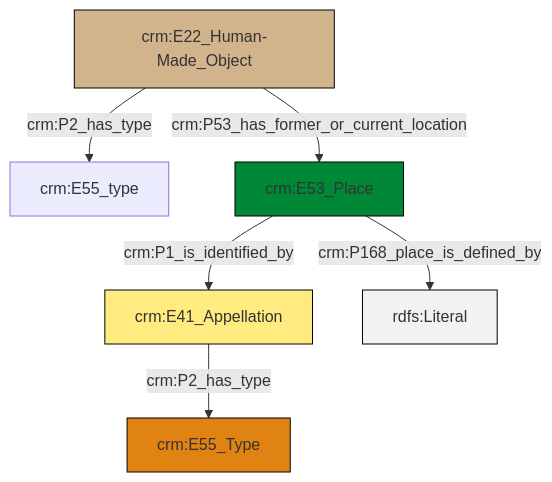
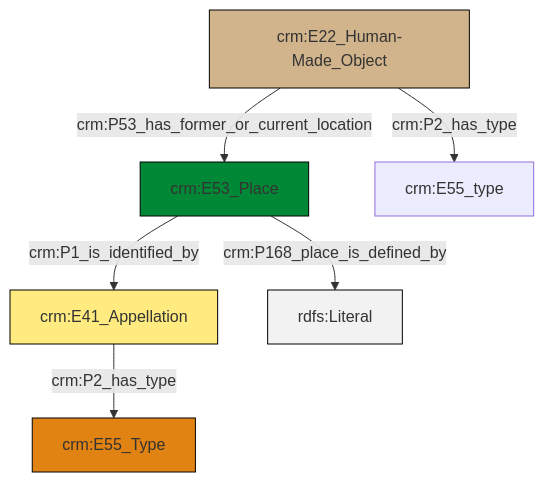
One commit to swiss-art-research-net/reference-data-models changed the diagram in et/builtWorkCSV/ttl/mmd/Built_Work_location.ttl.mmd. Above: the diagram before and after it, drawn with Mermaid. The commit also changed 124 other files, not shown here.

```diff
--- a/et/builtWorkCSV/ttl/mmd/Built_Work_location.ttl.mmd
+++ b/et/builtWorkCSV/ttl/mmd/Built_Work_location.ttl.mmd
@@ -1,20 +1,20 @@
 graph TD
 classDef Literal fill:#f2f2f2,stroke:#000000;
 classDef CRM_Entity fill:#FFFFFF,stroke:#000000;
 classDef Temporal_Entity fill:#00C9E6, stroke:#000000;
 classDef Type fill:#E18312, stroke:#000000;
 classDef Time-Span fill:#2C9C91, stroke:#000000;
 classDef Appellation fill:#FFEB7F, stroke:#000000;
 classDef Place fill:#008836, stroke:#000000;
 classDef Persistent_Item fill:#B266B2, stroke:#000000;
 classDef Conceptual_Object fill:#FFD700, stroke:#000000;
 classDef Physical_Thing fill:#D2B48C, stroke:#000000;
 classDef Actor fill:#f58aad, stroke:#000000;
 classDef PC_Classes fill:#4ce600, stroke:#000000;
 classDef Multi fill:#cccccc,stroke:#000000;
 
-2["crm:E53_Place"]:::Place -->|crm:P1_is_identified_by| 4["crm:E41_Appellation"]:::Appellation
-4["crm:E41_Appellation"]:::Appellation -->|crm:P2_has_type| 5["crm:E55_Type"]:::Type
-8["crm:E22_Human-Made_Object"]:::Physical_Thing -->|crm:P53_has_former_or_current_location| 2["crm:E53_Place"]:::Place
-8["crm:E22_Human-Made_Object"]:::Physical_Thing -->|crm:P2_has_type| 0["crm:E55_type"]:::Default
-2["crm:E53_Place"]:::Place -->|crm:P168_place_is_defined_by| 11[rdfs:Literal]:::Literal
+3["crm:E41_Appellation"]:::Appellation -->|crm:P2_has_type| 0["crm:E55_Type"]:::Type
+4["crm:E22_Human-Made_Object"]:::Physical_Thing -->|crm:P53_has_former_or_current_location| 6["crm:E53_Place"]:::Place
+4["crm:E22_Human-Made_Object"]:::Physical_Thing -->|crm:P2_has_type| 7["crm:E55_type"]:::Default
+6["crm:E53_Place"]:::Place -->|crm:P1_is_identified_by| 3["crm:E41_Appellation"]:::Appellation
+6["crm:E53_Place"]:::Place -->|crm:P168_place_is_defined_by| 11[rdfs:Literal]:::Literal
```
